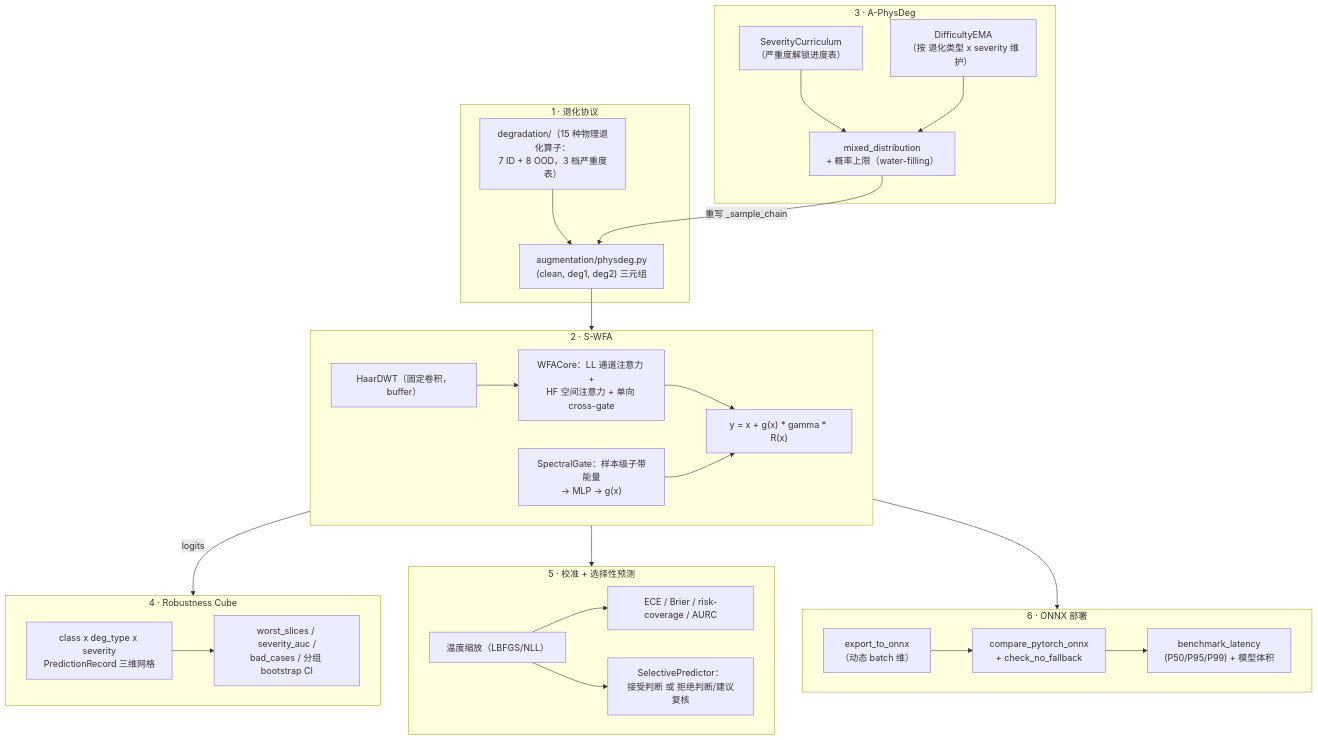
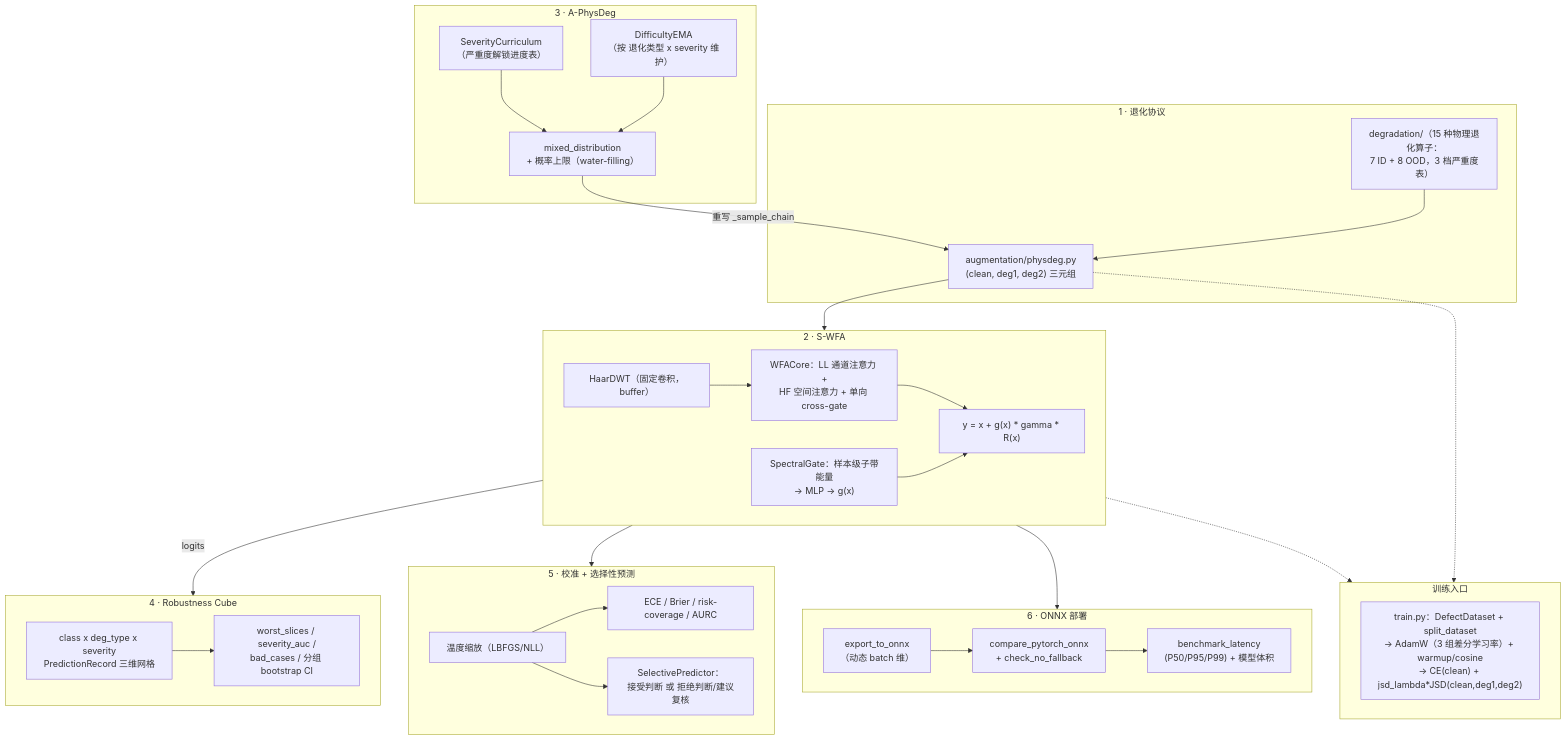
Before and after one commit to z8ri/vision-robustness-toolkit: the diagram in README.zh-CN.md, drawn with Mermaid. The commit also changed other lines of this file and 4 other files, not shown here.

````diff
--- a/README.zh-CN.md
+++ b/README.zh-CN.md
@@ -36,54 +49,61 @@
 ```mermaid
 flowchart TB
     subgraph Data["1 · 退化协议"]
         DP["degradation/（15 种物理退化算子：<br/>7 ID + 8 OOD，3 档严重度表）"]
         PD["augmentation/physdeg.py<br/>(clean, deg1, deg2) 三元组"]
         DP --> PD
     end
 
     subgraph Curriculum["3 · A-PhysDeg"]
         C1["SeverityCurriculum<br/>（严重度解锁进度表）"]
         C2["DifficultyEMA<br/>（按 退化类型 x severity 维护）"]
         C3["mixed_distribution<br/>+ 概率上限（water-filling）"]
         C1 --> C3
         C2 --> C3
         C3 -->|重写 _sample_chain| PD
     end
 
     subgraph Model["2 · S-WFA"]
         M1["HaarDWT（固定卷积，buffer）"]
         M2["WFACore：LL 通道注意力 +<br/>HF 空间注意力 + 单向 cross-gate"]
         M3["SpectralGate：样本级子带能量<br/>-> MLP -> g(x)"]
         M4["y = x + g(x) * gamma * R(x)"]
         M1 --> M2 --> M4
         M3 --> M4
     end
 
     PD --> Model
     Model -->|"logits"| Eval
 
     subgraph Eval["4 · Robustness Cube"]
         E1["class x deg_type x severity<br/>PredictionRecord 三维网格"]
         E2["worst_slices / severity_auc /<br/>bad_cases / 分组 bootstrap CI"]
         E1 --> E2
     end
 
     subgraph Calib["5 · 校准 + 选择性预测"]
         S1["温度缩放（LBFGS/NLL）"]
         S2["ECE / Brier / risk-coverage / AURC"]
         S3["SelectivePredictor：<br/>接受判断 或 拒绝判断/建议复核"]
         S1 --> S2
         S1 --> S3
     end
 
     Model --> Calib
 
     subgraph Deploy["6 · ONNX 部署"]
         D1["export_to_onnx<br/>（动态 batch 维）"]
         D2["compare_pytorch_onnx<br/>+ check_no_fallback"]
         D3["benchmark_latency<br/>(P50/P95/P99) + 模型体积"]
         D1 --> D2 --> D3
     end
 
     Model --> Deploy
+
+    subgraph Train["训练入口"]
+        T1["train.py：DefectDataset + split_dataset<br/>-> AdamW（3 组差分学习率）+ warmup/cosine<br/>-> CE(clean) + jsd_lambda*JSD(clean,deg1,deg2)"]
+    end
+
+    PD -.-> Train
+    Model -.-> Train
 ```
````
